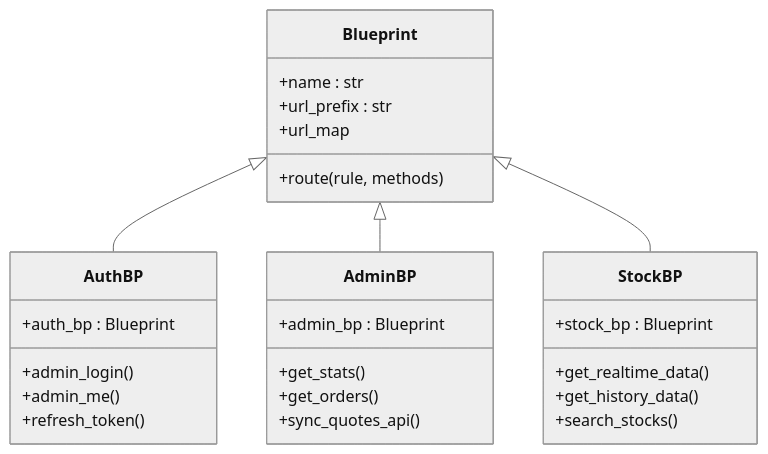
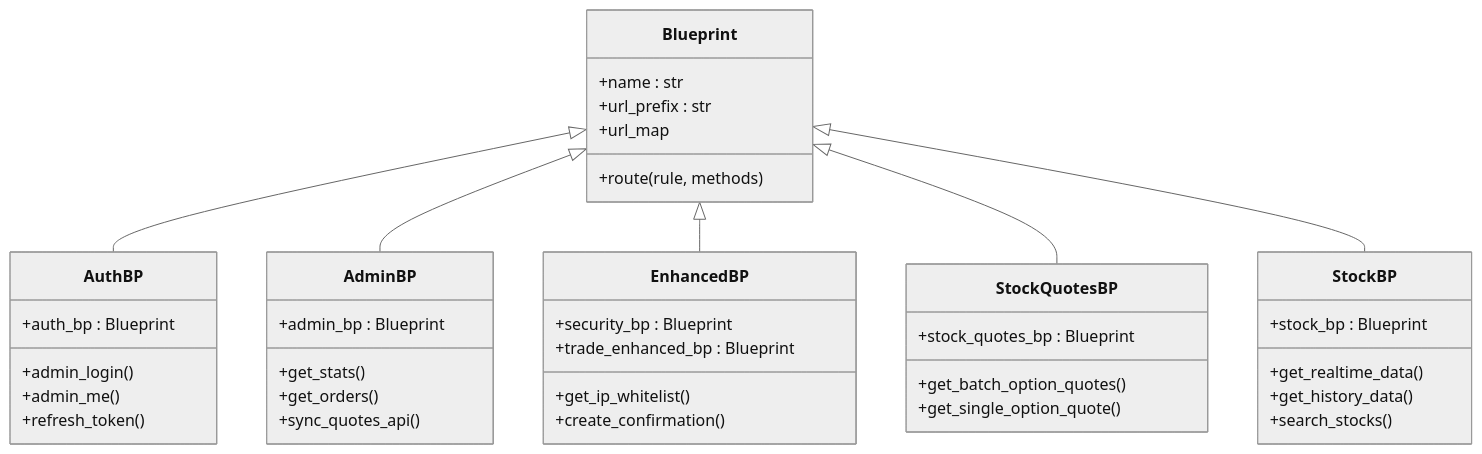
The second of 13 diagrams in .qoder/repowiki/zh/content/后端系统/API路由系统.md (guyuefangyuanl/Over-the-counter-options), drawn with Mermaid (neutral theme) before and after one commit. The commit also changed other lines of this file and 29 other files, not shown here.

````diff
--- a/.qoder/repowiki/zh/content/后端系统/API路由系统.md
+++ b/.qoder/repowiki/zh/content/后端系统/API路由系统.md
@@ -96,30 +121,43 @@
 ```mermaid
 classDiagram
 class Blueprint {
 +name : str
 +url_prefix : str
 +route(rule, methods)
 +url_map
 }
 class AuthBP {
 +auth_bp : Blueprint
 +admin_login()
 +admin_me()
 +refresh_token()
 }
 class AdminBP {
 +admin_bp : Blueprint
 +get_stats()
 +get_orders()
 +sync_quotes_api()
 }
+class EnhancedBP {
++security_bp : Blueprint
++trade_enhanced_bp : Blueprint
++get_ip_whitelist()
++create_confirmation()
+}
+class StockQuotesBP {
++stock_quotes_bp : Blueprint
++get_batch_option_quotes()
++get_single_option_quote()
+}
 class StockBP {
 +stock_bp : Blueprint
 +get_realtime_data()
 +get_history_data()
 +search_stocks()
 }
 Blueprint <|-- AuthBP
 Blueprint <|-- AdminBP
+Blueprint <|-- EnhancedBP
+Blueprint <|-- StockQuotesBP
 Blueprint <|-- StockBP
 ```
````
